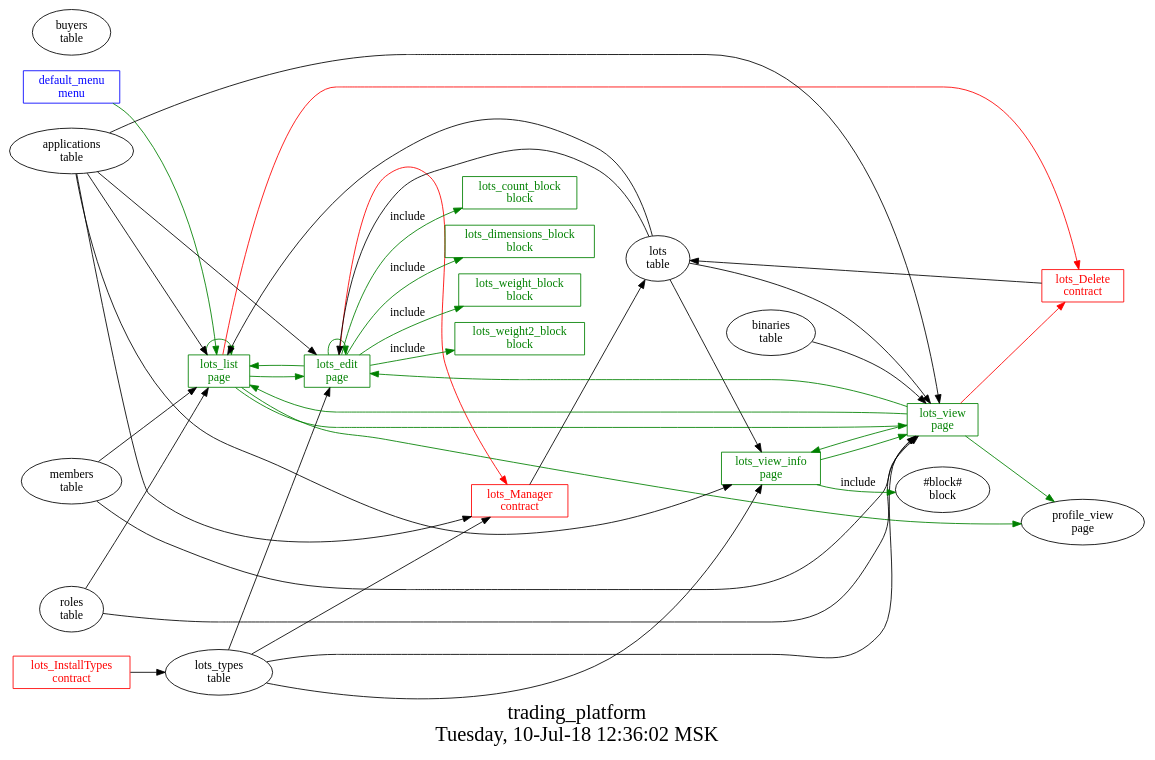
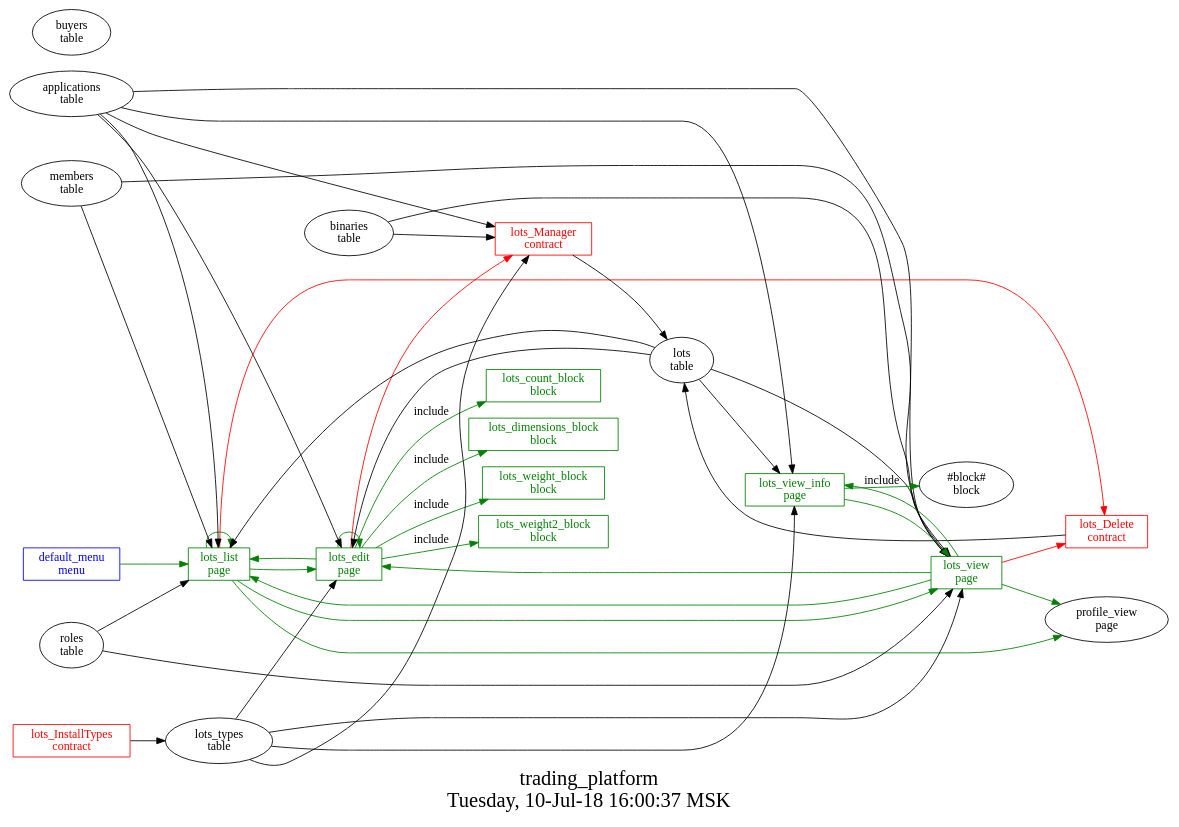
One commit to AplaProject/apps changed the diagram in src/trading_platform/struct.dot. Above: the diagram before and after it, drawn with Graphviz. The commit also changed 13 other files, not shown here.

```diff
--- a/src/trading_platform/struct.dot
+++ b/src/trading_platform/struct.dot
@@ -1,66 +1,67 @@
 digraph G {
 graph [
   fontsize="24";
-  label="trading_platform\nTuesday, 10-Jul-18 12:36:02 MSK";
+  label="trading_platform\nTuesday, 10-Jul-18 16:00:37 MSK";
   nojustify=true;
   ordering=out;
   rankdir=LR;
   size="30";
 ];
 "default_menu\nmenu" -> "lots_list\npage"  [ color=green ]
 "default_menu\nmenu" [color=blue, fontcolor=blue, group=menus, shape=record];
 "lots_edit\npage" -> "lots_Manager\ncontract"  [ color=red ]
 "applications\ntable" -> "lots_edit\npage"
 "lots\ntable" -> "lots_edit\npage"
 "lots_types\ntable" -> "lots_edit\npage"
 "lots_edit\npage" -> "lots_list\npage"  [ color=green ]
 "lots_edit\npage" -> "lots_edit\npage"  [ color=green ]
 "lots_edit\npage" -> "lots_count_block\nblock"  [ color=green, label=include ]
 "lots_edit\npage" -> "lots_dimensions_block\nblock"  [ color=green, label=include ]
 "lots_edit\npage" -> "lots_weight_block\nblock"  [ color=green, label=include ]
 "lots_edit\npage" -> "lots_weight2_block\nblock"  [ color=green, label=include ]
 "lots_edit\npage" [color=green, fontcolor=green, group=pages, shape=record];
 "lots_list\npage" -> "lots_Delete\ncontract"  [ color=red ]
 "applications\ntable" -> "lots_list\npage"
 "roles\ntable" -> "lots_list\npage"
 "lots\ntable" -> "lots_list\npage"
 "members\ntable" -> "lots_list\npage"
 "lots_list\npage" -> "lots_edit\npage"  [ color=green ]
 "lots_list\npage" -> "lots_list\npage"  [ color=green ]
 "lots_list\npage" -> "lots_view\npage"  [ color=green ]
 "lots_list\npage" -> "profile_view\npage"  [ color=green ]
 "lots_list\npage" [color=green, fontcolor=green, group=pages, shape=record];
 "lots_view\npage" -> "lots_Delete\ncontract"  [ color=red ]
 "applications\ntable" -> "lots_view\npage"
 "lots\ntable" -> "lots_view\npage"
 "lots_types\ntable" -> "lots_view\npage"
 "roles\ntable" -> "lots_view\npage"
 "members\ntable" -> "lots_view\npage"
 "binaries\ntable" -> "lots_view\npage"
 "lots_view\npage" -> "profile_view\npage"  [ color=green ]
 "lots_view\npage" -> "lots_view_info\npage"  [ color=green ]
 "lots_view\npage" -> "lots_list\npage"  [ color=green ]
 "lots_view\npage" -> "lots_edit\npage"  [ color=green ]
 "lots_view\npage" [color=green, fontcolor=green, group=pages, shape=record];
 "applications\ntable" -> "lots_view_info\npage"
 "lots\ntable" -> "lots_view_info\npage"
 "lots_types\ntable" -> "lots_view_info\npage"
 "lots_view_info\npage" -> "lots_view\npage"  [ color=green ]
 "lots_view_info\npage" -> "#block#\nblock"  [ color=green, label=include ]
 "lots_view_info\npage" [color=green, fontcolor=green, group=pages, shape=record];
 "lots_count_block\nblock" [color=green, fontcolor=green, group=blocks, shape=record];
 "lots_dimensions_block\nblock" [color=green, fontcolor=green, group=blocks, shape=record];
 "lots_weight2_block\nblock" [color=green, fontcolor=green, group=blocks, shape=record];
 "lots_weight_block\nblock" [color=green, fontcolor=green, group=blocks, shape=record];
 "lots_Delete\ncontract" -> "lots\ntable"  [ color="" ]
 "lots_Delete\ncontract" [color=red, fontcolor=red, group=contracts, shape=record];
 "lots_InstallTypes\ncontract" -> "lots_types\ntable"  [ color="" ]
 "lots_InstallTypes\ncontract" [color=red, fontcolor=red, group=contracts, shape=record];
 "lots_Manager\ncontract" -> "lots\ntable"  [ color="" ]
 "lots_types\ntable" -> "lots_Manager\ncontract"
 "applications\ntable" -> "lots_Manager\ncontract"
+"binaries\ntable" -> "lots_Manager\ncontract"
 "lots_Manager\ncontract" [color=red, fontcolor=red, group=contracts, shape=record];
 "buyers\ntable" [color="", fontcolor="", group=tables, shape=""];
 "lots\ntable" [color="", fontcolor="", group=tables, shape=""];
 "lots_types\ntable" [color="", fontcolor="", group=tables, shape=""];
 }
```
